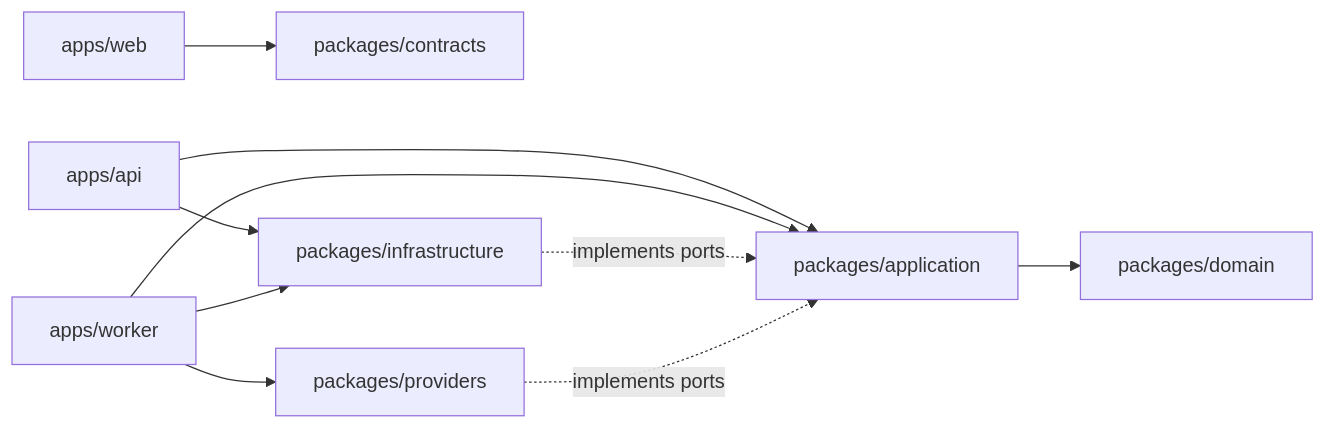
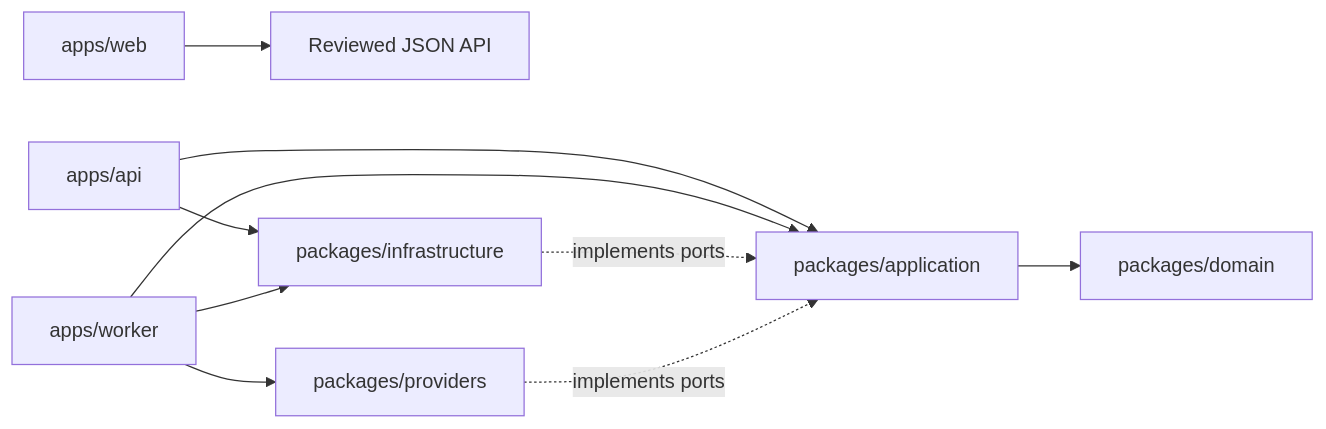
Before and after one commit to longnt27/auto-video-sub: the diagram in docs/repository-structure.md, drawn with Mermaid. The commit also changed other lines of this file and 73 other files, not shown here.

Commit message:
feat: complete phase 2 project upload flow

````diff
--- a/docs/repository-structure.md
+++ b/docs/repository-structure.md
@@ -52,12 +53,12 @@
 ```mermaid
 flowchart LR
-  Web[apps/web] --> Contracts[packages/contracts]
+  Web[apps/web] --> HTTP[Reviewed JSON API]
   API[apps/api] --> App[packages/application]
   Worker[apps/worker] --> App
   API --> Infra[packages/infrastructure]
   Worker --> Infra
   Worker --> Providers[packages/providers]
   App --> Domain[packages/domain]
   Infra -. implements ports .-> App
   Providers -. implements ports .-> App
 ```
````
